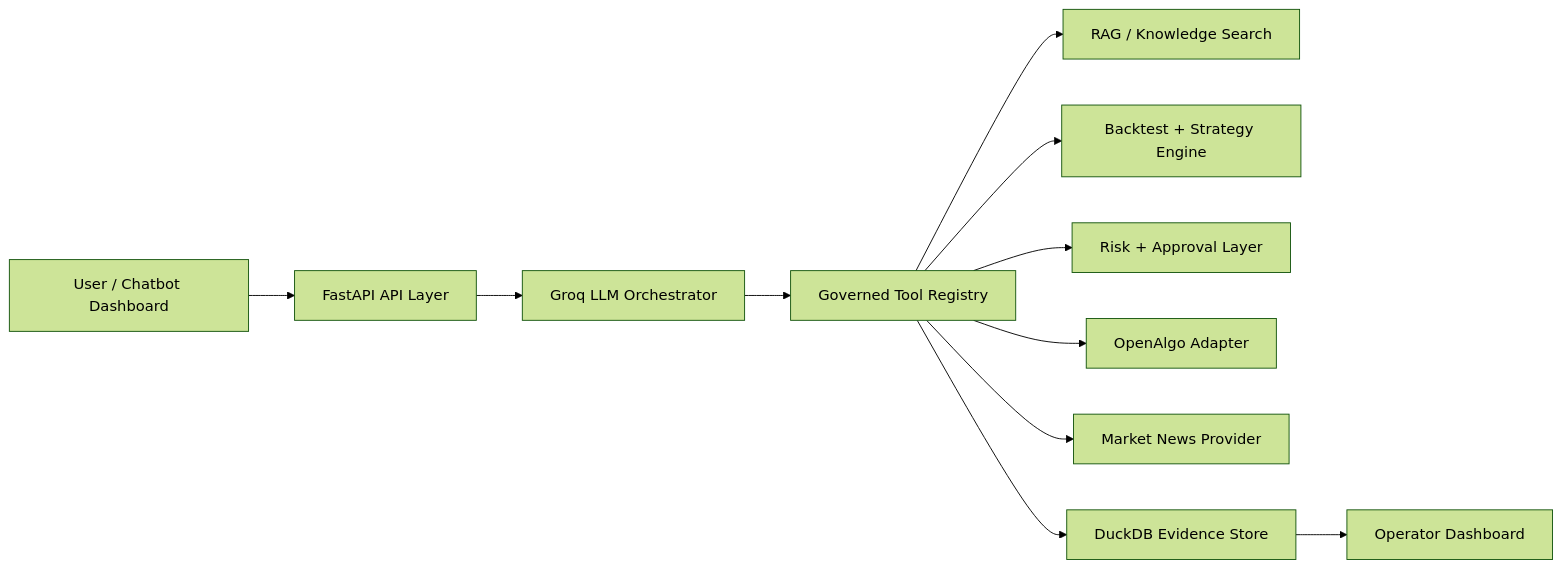
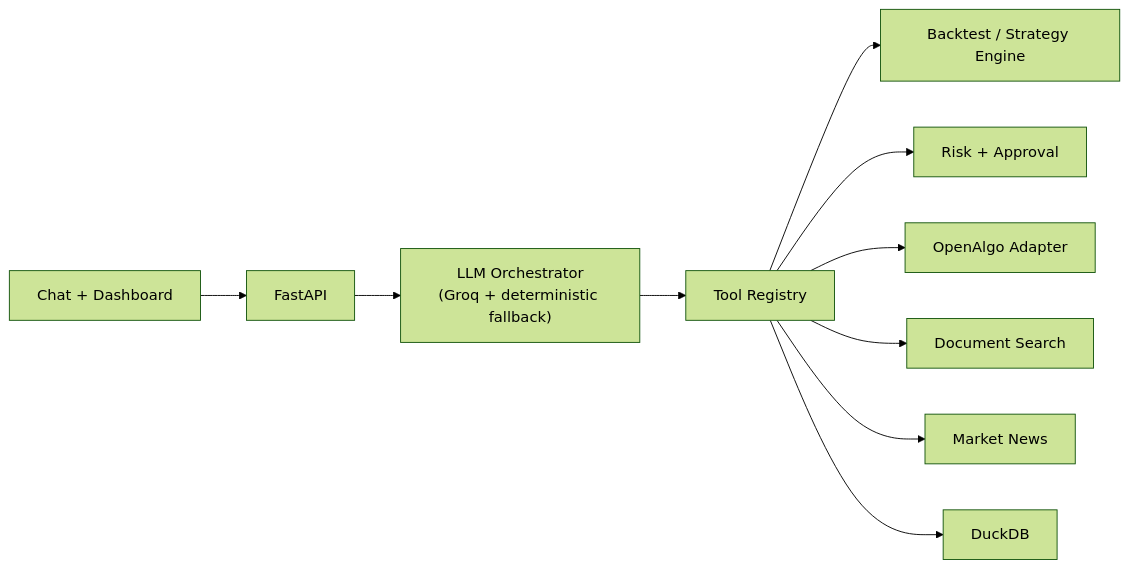
One commit to alphahashhhh122/Coversational-Algo-Trading-Chatbot changed the diagram in README.md. Above: the diagram before and after it, drawn with Mermaid (forest theme). The commit also changed other lines of this file, not shown here.

````diff
--- a/README.md
+++ b/README.md
@@ -92,13 +33,12 @@
 ```mermaid
 flowchart LR
-    User["User / Chatbot Dashboard"] --> API["FastAPI API Layer"]
-    API --> Orchestrator["Groq LLM Orchestrator"]
-    Orchestrator --> Tools["Governed Tool Registry"]
-    Tools --> RAG["RAG / Knowledge Search"]
-    Tools --> Backtest["Backtest + Strategy Engine"]
-    Tools --> Risk["Risk + Approval Layer"]
+    User["Chat + Dashboard"] --> API["FastAPI"]
+    API --> Orch["LLM Orchestrator\n(Groq + deterministic fallback)"]
+    Orch --> Tools["Tool Registry"]
+    Tools --> Backtest["Backtest / Strategy Engine"]
+    Tools --> Risk["Risk + Approval"]
     Tools --> Broker["OpenAlgo Adapter"]
-    Tools --> News["Market News Provider"]
-    Tools --> Store["DuckDB Evidence Store"]
-    Store --> Dashboard["Operator Dashboard"]
+    Tools --> RAG["Document Search"]
+    Tools --> News["Market News"]
+    Tools --> Store["DuckDB"]
 ```
````
